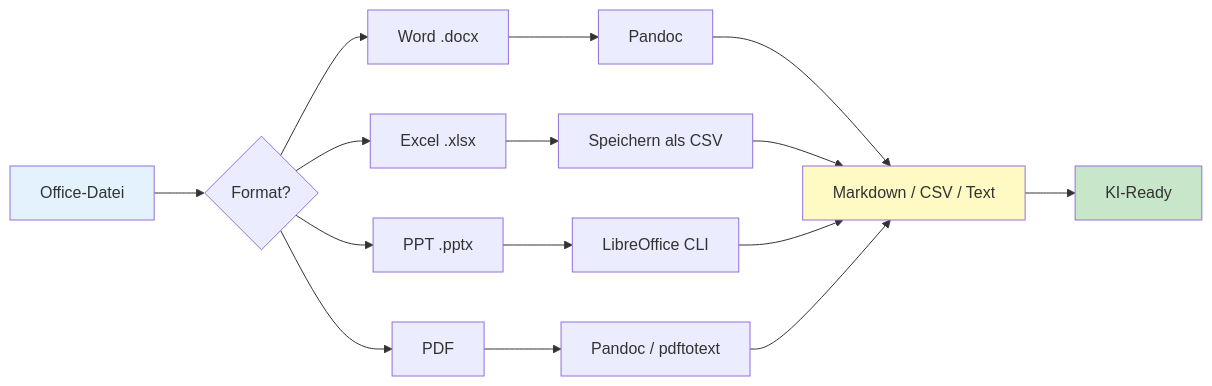
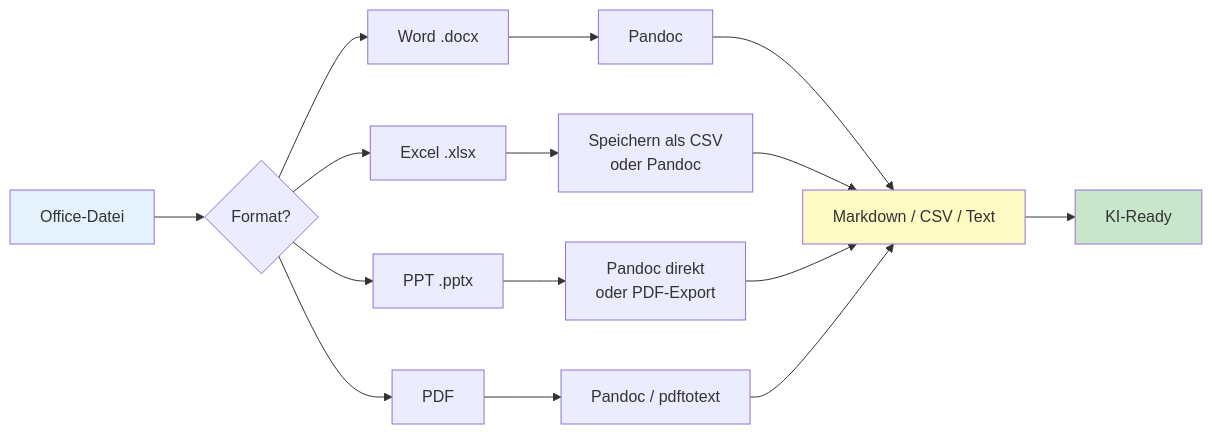
Before and after one commit to justinsz/ProPrompt: the third of 4 diagrams in office_de.md, drawn with Mermaid. The commit also changed other lines of this file and 1 other file, not shown here.

First line of the commit message:
Rewrite Office PPTX/XLSX conversion: Pandoc reads both natively

````diff
--- a/office_de.md
+++ b/office_de.md
@@ -332,20 +345,20 @@
 ```mermaid
 flowchart LR
     A[Office-Datei] --> B{Format?}
     B --> C[Word .docx]
     B --> D[Excel .xlsx]
     B --> E[PPT .pptx]
     B --> F[PDF]
 
     C --> G[Pandoc]
-    D --> H[Speichern als CSV]
-    E --> I[LibreOffice CLI]
+    D --> H[Speichern als CSV<br/>oder Pandoc]
+    E --> I[Pandoc direkt<br/>oder PDF-Export]
     F --> J[Pandoc / pdftotext]
 
     G & H & I & J --> K[Markdown / CSV / Text]
     K --> L[KI-Ready]
 
     style A fill:#e3f2fd
     style K fill:#fff9c4
     style L fill:#c8e6c9
 ```
````
